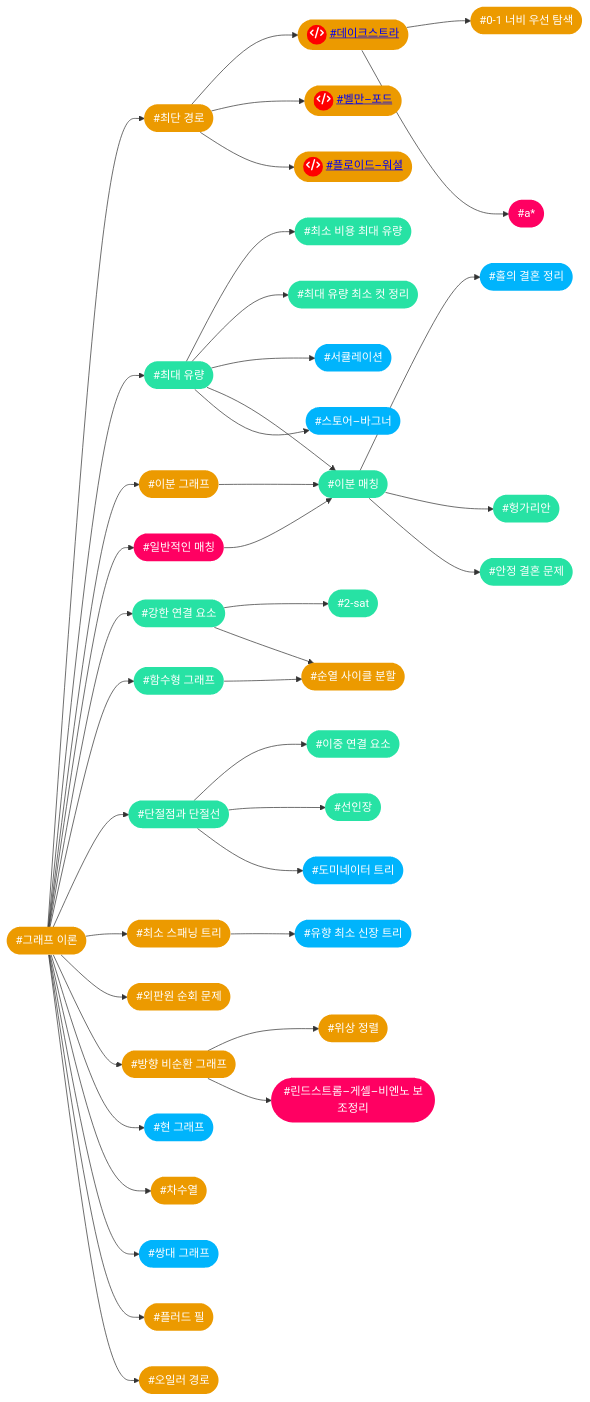
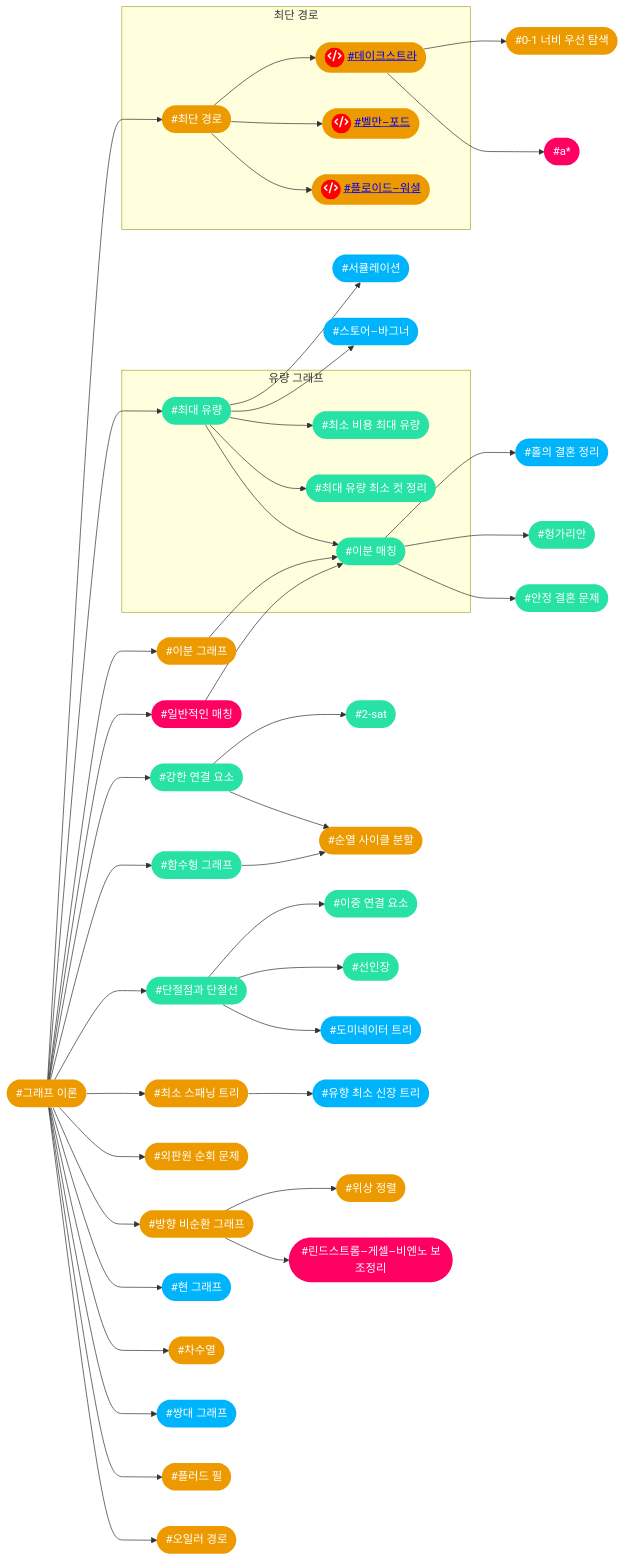
One commit to CHOYUNSIG/algorithm_with_boj changed the fifth of 12 diagrams in index.md. Above: the diagram before and after it, drawn with Mermaid. The commit also changed other lines of this file and 1 other file, not shown here.

```diff
--- a/index.md
+++ b/index.md
@@ -235,11 +248,11 @@
     #shortest_path --> #dijkstra
     #shortest_path --> #bellman_ford
     #shortest_path --> #floyd_warshall
+    #flow --> #circulation
+    #flow --> #stoer_wagner
     #flow --> #mcmf
     #flow --> #mfmc
-    #flow --> #circulation
     #flow --> #bipartite_matching
-    #flow --> #stoer_wagner
     #bipartite_graph --> #bipartite_matching
     #bipartite_matching --> #hall
     #bipartite_matching --> #hungarian
@@ -252,6 +265,20 @@
     #dijkstra --> #a_star
     #dag --> #topological_sorting
     #dag --> #lgv
+    
+    subgraph 최단 경로
+        #shortest_path
+        #dijkstra
+        #bellman_ford
+        #floyd_warshall
+    end
+
+    subgraph 유량 그래프
+        #flow
+        #mcmf
+        #mfmc
+        #bipartite_matching
+    end
 
     #0_1_bfs(["#0-1 너비 우선 탐색"]):::tier2
     #2_sat(["#2-sat"]):::tier3
```
